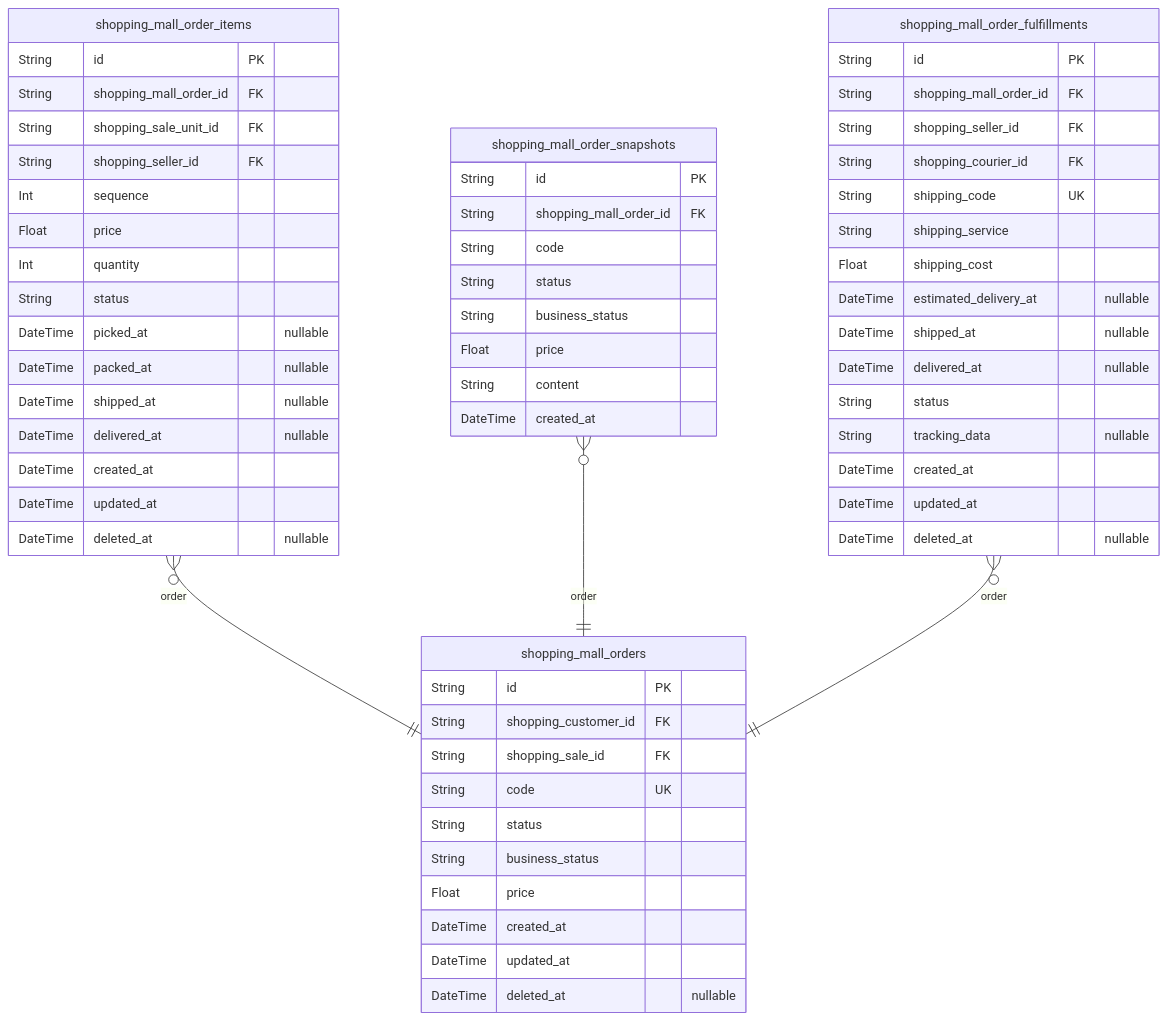
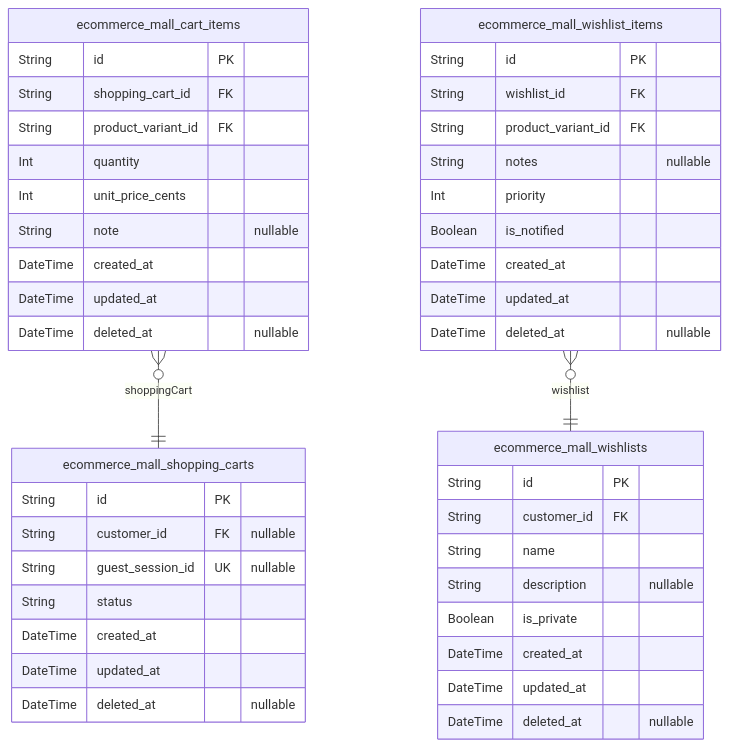
One commit to wrtnlabs/autobe-examples changed the fifth of 11 diagrams in moonshotai/kimi-k2-0905-exacto/shopping/docs/ERD.md. Above: the diagram before and after it, drawn with Mermaid. The commit also changed other lines of this file and 3761 other files, not shown here.

````diff
--- a/moonshotai/kimi-k2-0905-exacto/shopping/docs/ERD.md
+++ b/moonshotai/kimi-k2-0905-exacto/shopping/docs/ERD.md
@@ -851,62 +1581,46 @@
 ```mermaid
 erDiagram
-"shopping_mall_orders" {
+"ecommerce_mall_shopping_carts" {
   String id PK
-  String shopping_customer_id FK
-  String shopping_sale_id FK
-  String code UK
+  String customer_id FK "nullable"
+  String guest_session_id UK "nullable"
   String status
-  String business_status
-  Float price
   DateTime created_at
   DateTime updated_at
   DateTime deleted_at "nullable"
 }
-"shopping_mall_order_items" {
+"ecommerce_mall_cart_items" {
   String id PK
-  String shopping_mall_order_id FK
-  String shopping_sale_unit_id FK
-  String shopping_seller_id FK
-  Int sequence
-  Float price
+  String shopping_cart_id FK
+  String product_variant_id FK
   Int quantity
-  String status
-  DateTime picked_at "nullable"
-  DateTime packed_at "nullable"
-  DateTime shipped_at "nullable"
-  DateTime delivered_at "nullable"
+  Int unit_price_cents
+  String note "nullable"
   DateTime created_at
   DateTime updated_at
   DateTime deleted_at "nullable"
 }
-"shopping_mall_order_snapshots" {
+"ecommerce_mall_wishlists" {
   String id PK
-  String shopping_mall_order_id FK
-  String code
-  String status
-  String business_status
-  Float price
-  String content
-  DateTime created_at
-}
-"shopping_mall_order_fulfillments" {
-  String id PK
-  String shopping_mall_order_id FK
-  String shopping_seller_id FK
-  String shopping_courier_id FK
-  String shipping_code UK
-  String shipping_service
-  Float shipping_cost
-  DateTime estimated_delivery_at "nullable"
-  DateTime shipped_at "nullable"
-  DateTime delivered_at "nullable"
-  String status
-  String tracking_data "nullable"
+  String customer_id FK
+  String name
+  String description "nullable"
+  Boolean is_private
   DateTime created_at
   DateTime updated_at
   DateTime deleted_at "nullable"
 }
-"shopping_mall_order_items" }o--|| "shopping_mall_orders" : order
-"shopping_mall_order_snapshots" }o--|| "shopping_mall_orders" : order
-"shopping_mall_order_fulfillments" }o--|| "shopping_mall_orders" : order
+"ecommerce_mall_wishlist_items" {
+  String id PK
+  String wishlist_id FK
+  String product_variant_id FK
+  String notes "nullable"
+  Int priority
+  Boolean is_notified
+  DateTime created_at
+  DateTime updated_at
+  DateTime deleted_at "nullable"
+}
+"ecommerce_mall_cart_items" }o--|| "ecommerce_mall_shopping_carts" : shoppingCart
+"ecommerce_mall_wishlist_items" }o--|| "ecommerce_mall_wishlists" : wishlist
 ```
````
